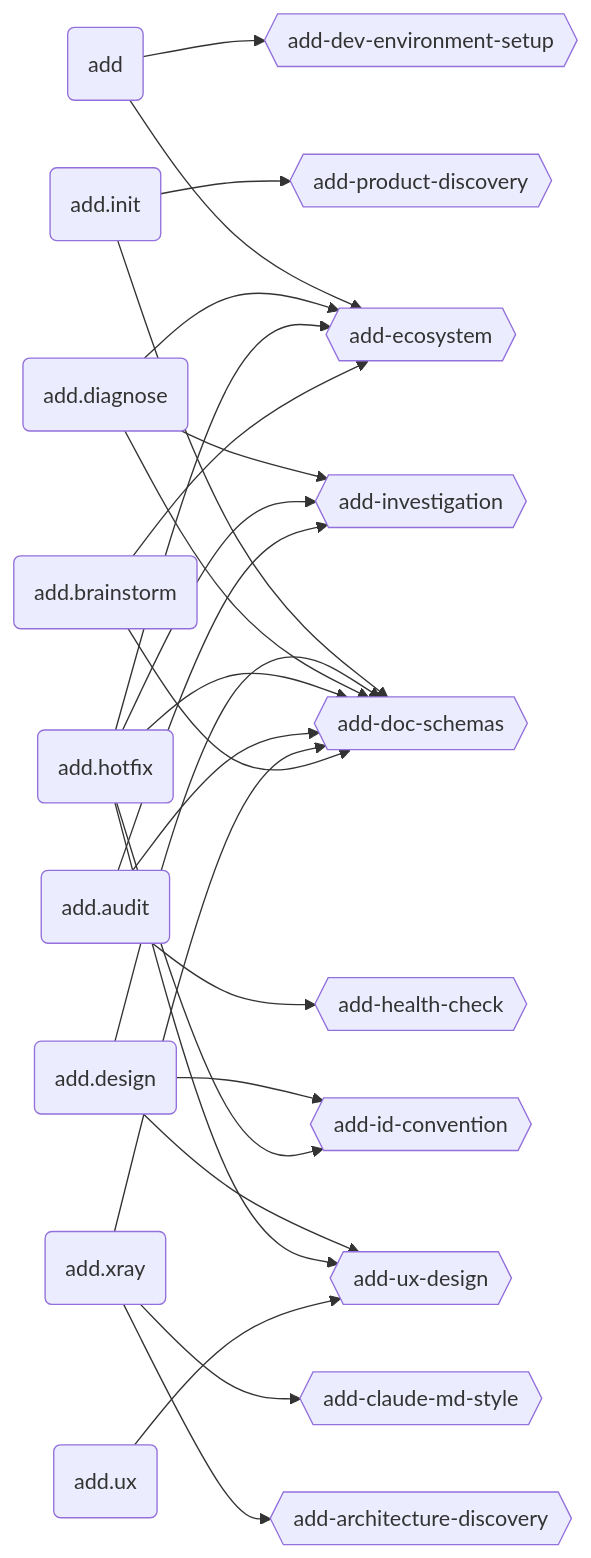
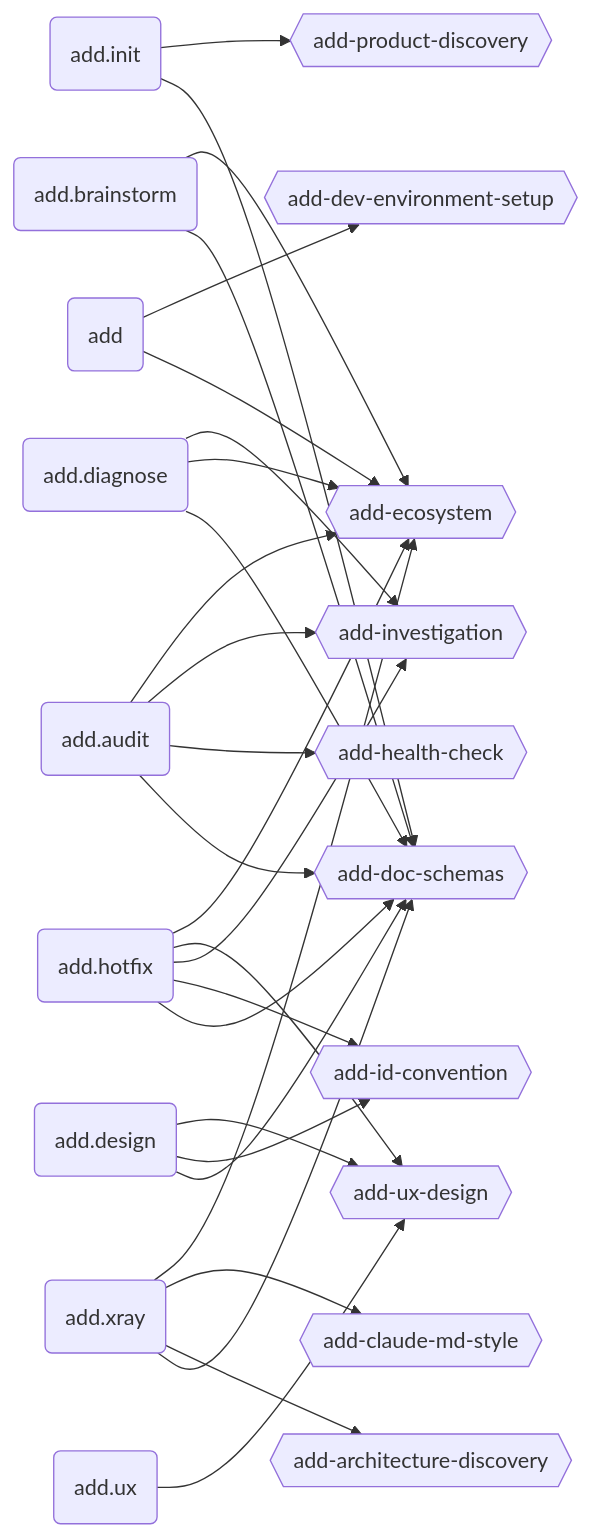
Before and after one commit to brabos-ai/code-addiction: the second of 3 diagrams in ecosystem.md, drawn with Mermaid. The commit also changed other lines of this file and 1 other file, not shown here.

````diff
--- a/ecosystem.md
+++ b/ecosystem.md
@@ -55,33 +54,33 @@
 ```mermaid
 graph LR
   ADD(add)
   INIT(add.init)
   DESIGN(add.design)
   DIAGNOSE(add.diagnose)
   HOTFIX(add.hotfix)
   AUDIT(add.audit)
   XRAY(add.xray)
   BRAINSTORM(add.brainstorm)
   UX_CMD(add.ux)
 
   ECO{{add-ecosystem}}
   DS{{add-doc-schemas}}
   ID{{add-id-convention}}
   UX{{add-ux-design}}
   IV{{add-investigation}}
   PD{{add-product-discovery}}
   HC{{add-health-check}}
   AD{{add-architecture-discovery}}
   CMS{{add-claude-md-style}}
   DE{{add-dev-environment-setup}}
 
   ADD --> ECO & DE
   INIT --> DS & PD
   DESIGN --> DS & ID & UX
   DIAGNOSE --> DS & ECO & IV
   HOTFIX --> DS & ID & IV & UX & ECO
-  AUDIT --> DS & HC & IV
-  XRAY --> DS & AD & CMS
+  AUDIT --> DS & HC & IV & ECO
+  XRAY --> DS & AD & CMS & ECO
   BRAINSTORM --> DS & ECO
   UX_CMD --> UX
 ```
````
